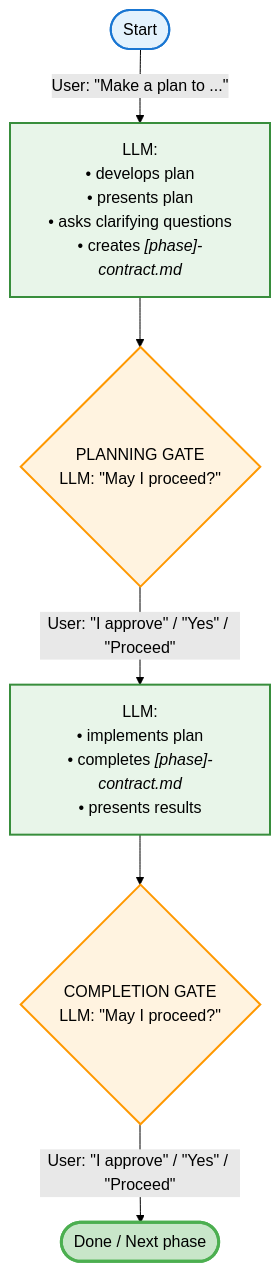
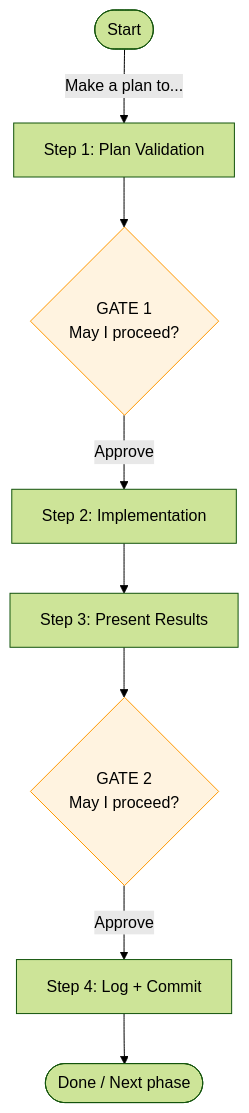
Before and after one commit to binaryphile/tandem-protocol: the second of 3 diagrams in README.md, drawn with Mermaid (forest theme). The commit also changed other lines of this file and 2 other files, not shown here.

First line of the commit message:
Phase 4: README full rewrite

````diff
--- a/README.md
+++ b/README.md
@@ -116,15 +143,13 @@
 ```mermaid
 flowchart TD
-    START(["Start"]) -->|"User: &quot;Make a plan to ...&quot;"| P1["LLM:<br/>• develops plan<br/>• presents plan<br/>• asks clarifying questions<br/>• creates <i>[phase]-contract.md</i>"]
-    P1 --> G1{"PLANNING GATE<br/>LLM: &quot;May I proceed?&quot;"}
-    G1 -->|"User: &quot;I approve&quot; / &quot;Yes&quot; / &quot;Proceed&quot;"| IMPL["LLM:<br/>• implements plan<br/>• completes <i>[phase]-contract.md</i><br/>• presents results"]
-    IMPL --> G2{"COMPLETION GATE<br/>LLM: &quot;May I proceed?&quot;"}
-    G2 -->|"User: &quot;I approve&quot; / &quot;Yes&quot; / &quot;Proceed&quot;"| DONE(["Done / Next phase"])
+    START(["Start"]) -->|"Make a plan to..."| S1["Step 1: Plan Validation"]
+    S1 --> G1{"GATE 1<br/>May I proceed?"}
+    G1 -->|"Approve"| S2["Step 2: Implementation"]
+    S2 --> S3["Step 3: Present Results"]
+    S3 --> G2{"GATE 2<br/>May I proceed?"}
+    G2 -->|"Approve"| S4["Step 4: Log + Commit"]
+    S4 --> DONE(["Done / Next phase"])
 
-    style START fill:#e3f2fd,stroke:#1976d2,stroke-width:2px
-    style P1 fill:#e8f5e9,stroke:#388e3c,stroke-width:2px
-    style IMPL fill:#e8f5e9,stroke:#388e3c,stroke-width:2px
-    style G1 fill:#fff3e0,stroke:#ff9800,stroke-width:2px
-    style G2 fill:#fff3e0,stroke:#ff9800,stroke-width:2px
-    style DONE fill:#c8e6c9,stroke:#4caf50,stroke-width:3px
+    style G1 fill:#fff3e0,stroke:#ff9800
+    style G2 fill:#fff3e0,stroke:#ff9800
 ```
````
